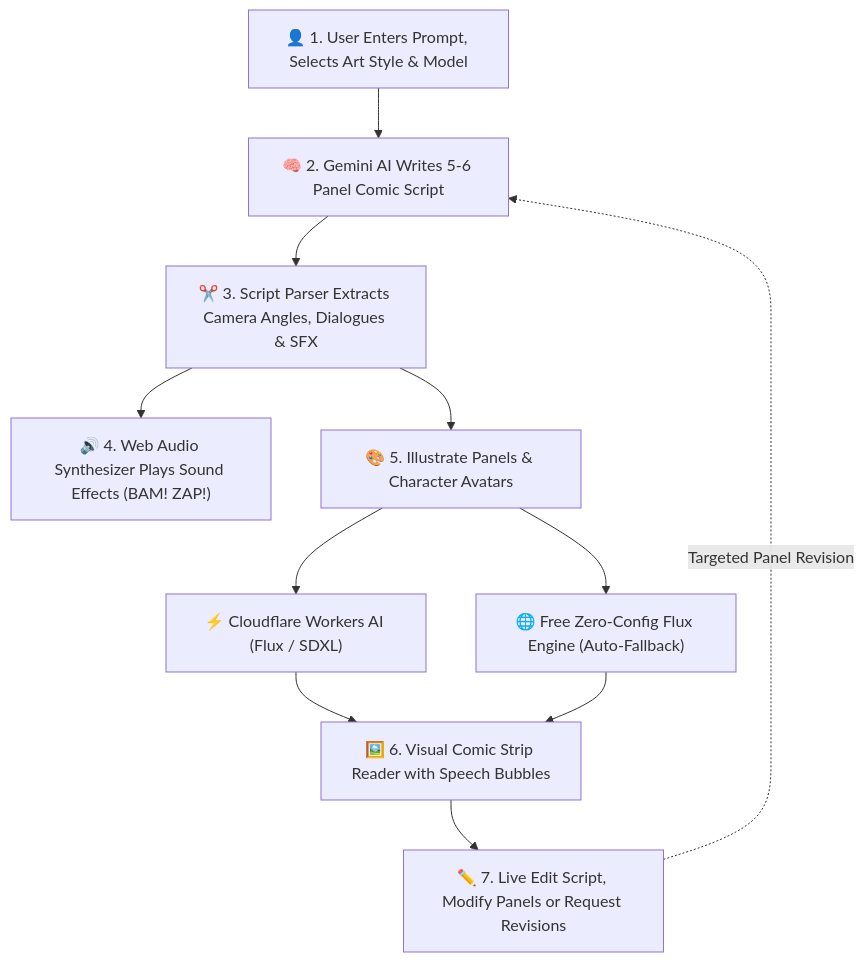
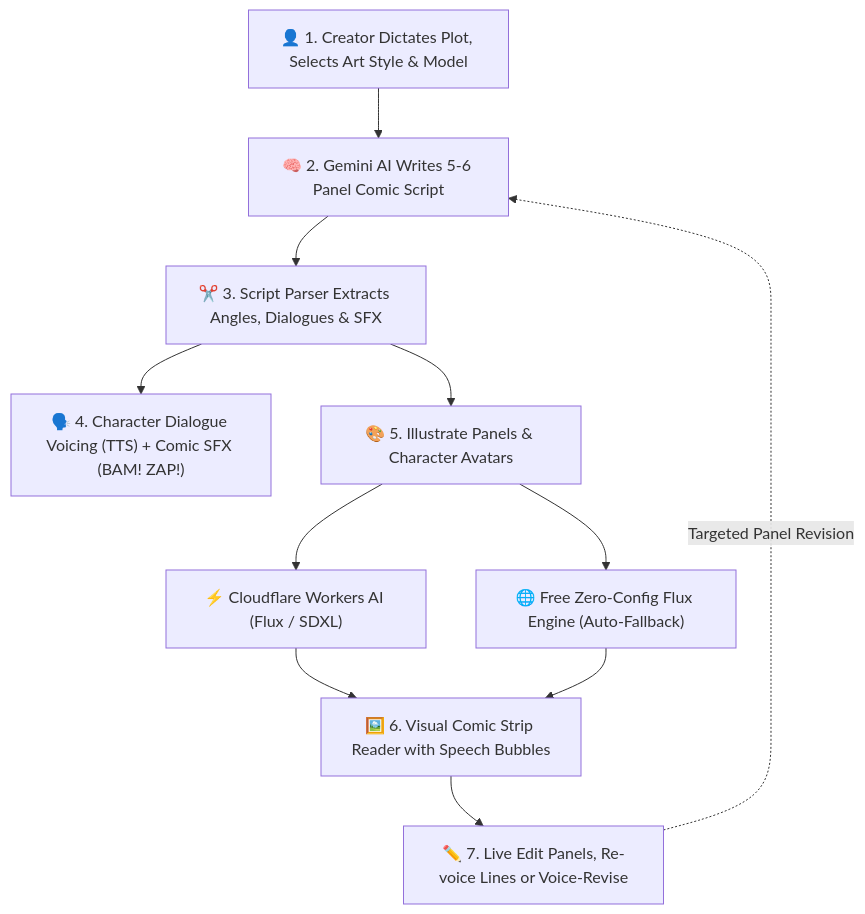
One commit to caffeicsatyam/BOT_PROJECTS changed the second of 2 diagrams in README.md. Above: the diagram before and after it, drawn with Mermaid. The commit also changed other lines of this file and 1 other file, not shown here.

Commit message:
Update: TTS and STT diagram updated

````diff
--- a/README.md
+++ b/README.md
@@ -94,16 +106,16 @@
 ```mermaid
 flowchart TD
-    A["👤 1. User Enters Prompt, Selects Art Style & Model"] --> B["🧠 2. Gemini AI Writes 5-6 Panel Comic Script"]
-    B --> C["✂️ 3. Script Parser Extracts Camera Angles, Dialogues & SFX"]
+    A["👤 1. Creator Dictates Plot, Selects Art Style & Model"] --> B["🧠 2. Gemini AI Writes 5-6 Panel Comic Script"]
+    B --> C["✂️ 3. Script Parser Extracts Angles, Dialogues & SFX"]
 
-    C --> D["🔊 4. Web Audio Synthesizer Plays Sound Effects (BAM! ZAP!)"]
+    C --> D["🗣️ 4. Character Dialogue Voicing (TTS) + Comic SFX (BAM! ZAP!)"]
     C --> E["🎨 5. Illustrate Panels & Character Avatars"]
 
     E --> F["⚡ Cloudflare Workers AI (Flux / SDXL)"]
     E --> G["🌐 Free Zero-Config Flux Engine (Auto-Fallback)"]
 
     F --> H["🖼️ 6. Visual Comic Strip Reader with Speech Bubbles"]
     G --> H
-    H --> I["✏️ 7. Live Edit Script, Modify Panels or Request Revisions"]
+    H --> I["✏️ 7. Live Edit Panels, Re-voice Lines or Voice-Revise"]
     I -.->|Targeted Panel Revision| B
 ```
````
